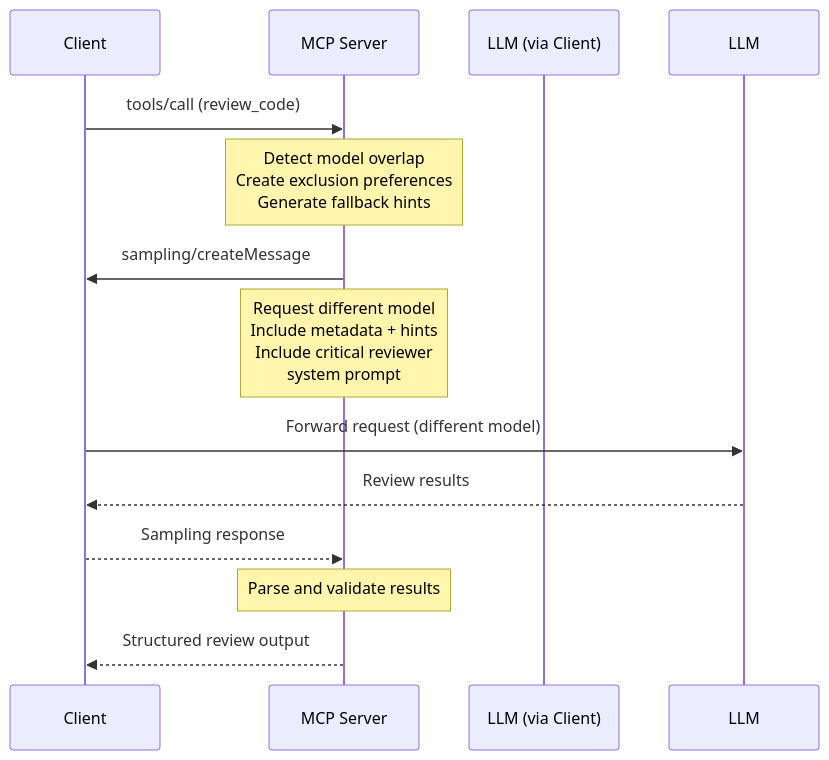
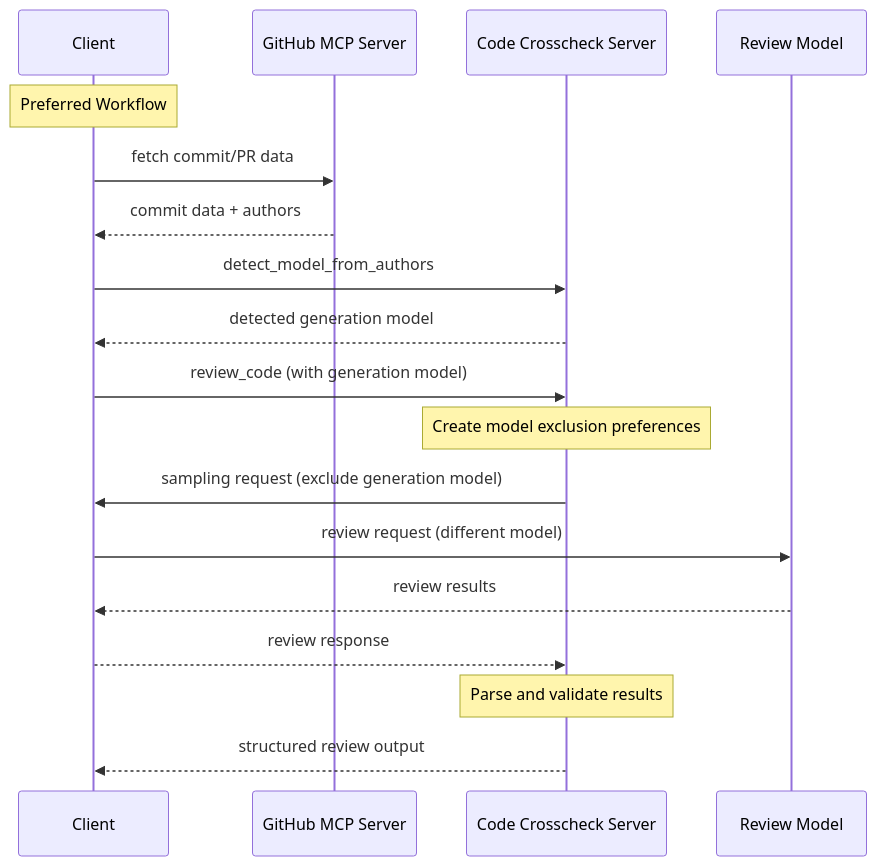
One commit to olaservo/mcp-code-crosscheck changed the second of 2 diagrams in README.md. Above: the diagram before and after it, drawn with Mermaid. The commit also changed other lines of this file and 3 other files, not shown here.

Commit message:
Make more modular if GH server tools are available

````diff
--- a/README.md
+++ b/README.md
@@ -277,19 +338,25 @@
 ```mermaid
 sequenceDiagram
     participant Client
-    participant MCP Server
-    participant LLM (via Client)
+    participant GitHub_MCP as GitHub MCP Server
+    participant Crosscheck as Code Crosscheck Server
+    participant LLM as Review Model
 
-    Client->>MCP Server: tools/call (review_code)
+    Note over Client: Preferred Workflow
+    Client->>GitHub_MCP: fetch commit/PR data
+    GitHub_MCP-->>Client: commit data + authors
     
-    Note over MCP Server: Detect model overlap<br/>Create exclusion preferences<br/>Generate fallback hints
-    MCP Server->>Client: sampling/createMessage
-    Note over MCP Server: Request different model<br/>Include metadata + hints<br/>Include critical reviewer<br/>system prompt
+    Client->>Crosscheck: detect_model_from_authors
+    Crosscheck-->>Client: detected generation model
     
-    Client->>LLM: Forward request (different model)
-    LLM-->>Client: Review results
-    Client-->>MCP Server: Sampling response
+    Client->>Crosscheck: review_code (with generation model)
+    Note over Crosscheck: Create model exclusion preferences
+    Crosscheck->>Client: sampling request (exclude generation model)
     
-    Note over MCP Server: Parse and validate results
-    MCP Server-->>Client: Structured review output
+    Client->>LLM: review request (different model)
+    LLM-->>Client: review results
+    Client-->>Crosscheck: review response
+    
+    Note over Crosscheck: Parse and validate results
+    Crosscheck-->>Client: structured review output
 ```
````
